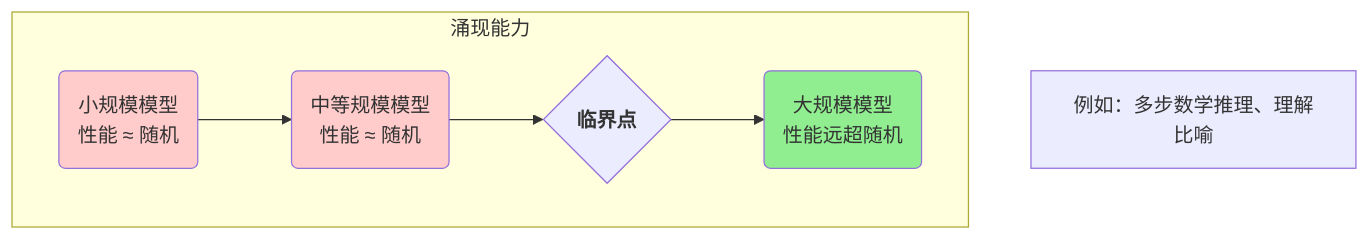
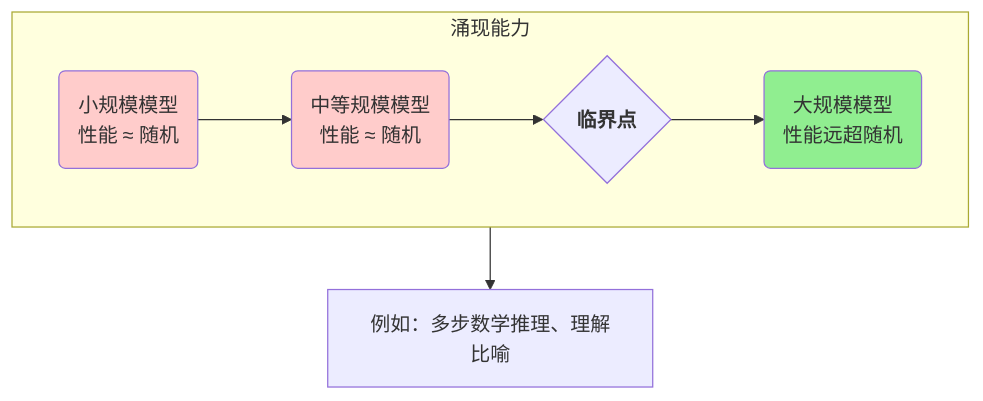
One commit to digoal/blog changed the sixth of 8 diagrams in 202506/20250610_01.md. Above: the diagram before and after it, drawn with Mermaid.

````diff
--- a/202506/20250610_01.md
+++ b/202506/20250610_01.md
@@ -288,10 +288,10 @@
 ```mermaid
 graph TD
     subgraph 涌现能力
         A(小规模模型<br>性能 ≈ 随机) --> B(中等规模模型<br>性能 ≈ 随机) --> C{<b>临界点</b>} --> D(大规模模型<br>性能远超随机);
     end
-    E[例如：多步数学推理、理解比喻]
+    涌现能力 --> E[例如：多步数学推理、理解比喻]
     style B fill:#ffcccb
     style A fill:#ffcccb
     style D fill:#90ee90
 ```
````
